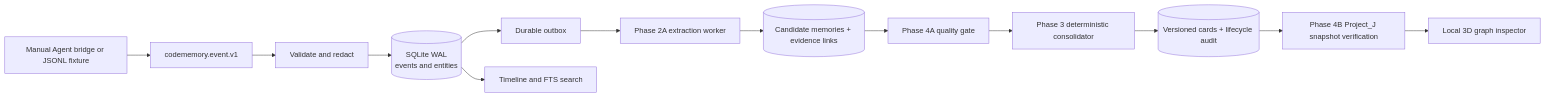
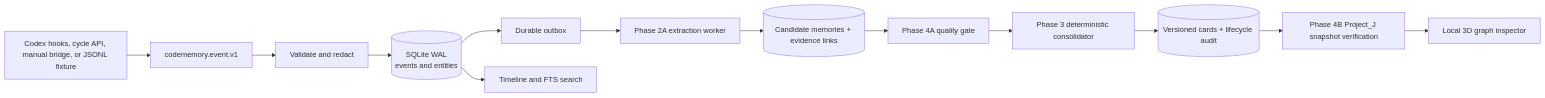
One commit to sixsixla/codeSementicMemory changed the diagram in README.md. Above: the diagram before and after it, drawn with Mermaid. The commit also changed other lines of this file and 14 other files, not shown here.

````diff
--- a/README.md
+++ b/README.md
@@ -98,15 +108,15 @@
 ```mermaid
 flowchart LR
-    A[Manual Agent bridge or JSONL fixture] --> B[codememory.event.v1]
+    A[Codex hooks, cycle API, manual bridge, or JSONL fixture] --> B[codememory.event.v1]
     B --> C[Validate and redact]
     C --> D[(SQLite WAL<br/>events and entities)]
     D --> E[Durable outbox]
     D --> F[Timeline and FTS search]
     E --> G[Phase 2A extraction worker]
     G --> H[(Candidate memories + evidence links)]
     H --> I[Phase 4A quality gate]
     I --> J[Phase 3 deterministic consolidator]
     J --> K[(Versioned cards + lifecycle audit)]
     K --> V[Phase 4B Project_J snapshot verification]
     V --> L[Local 3D graph inspector]
 ```
````
